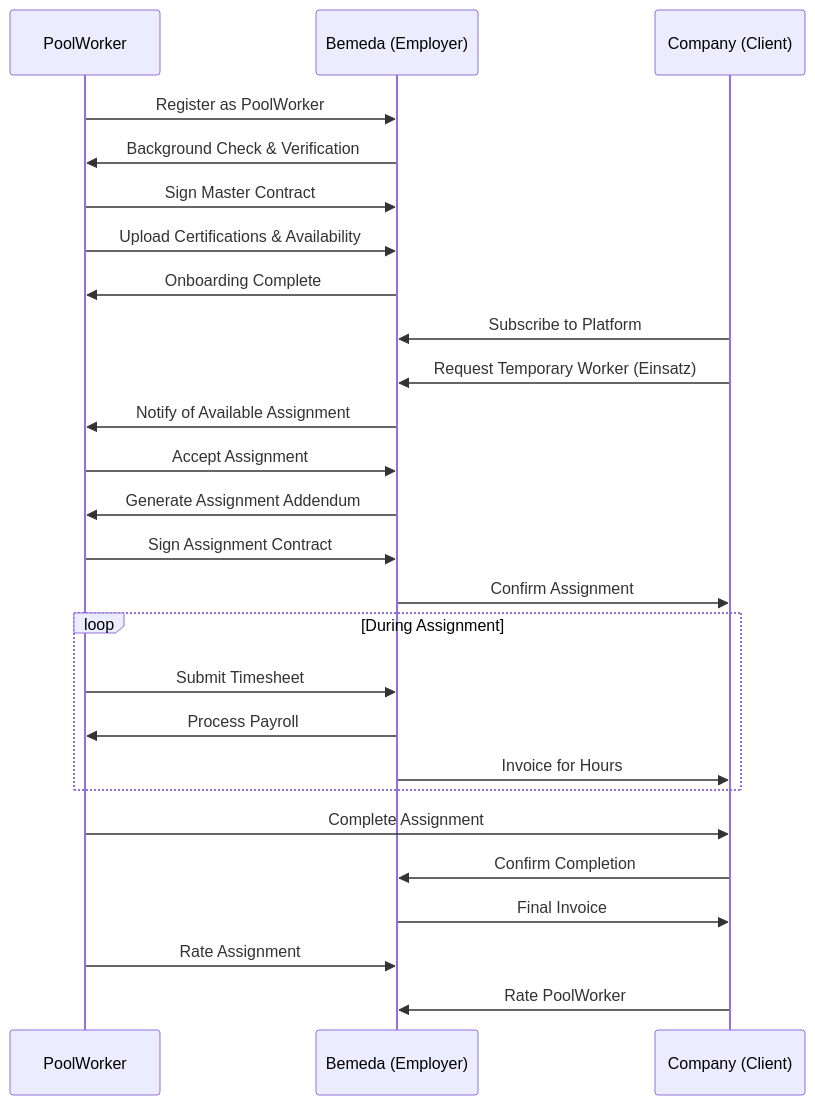
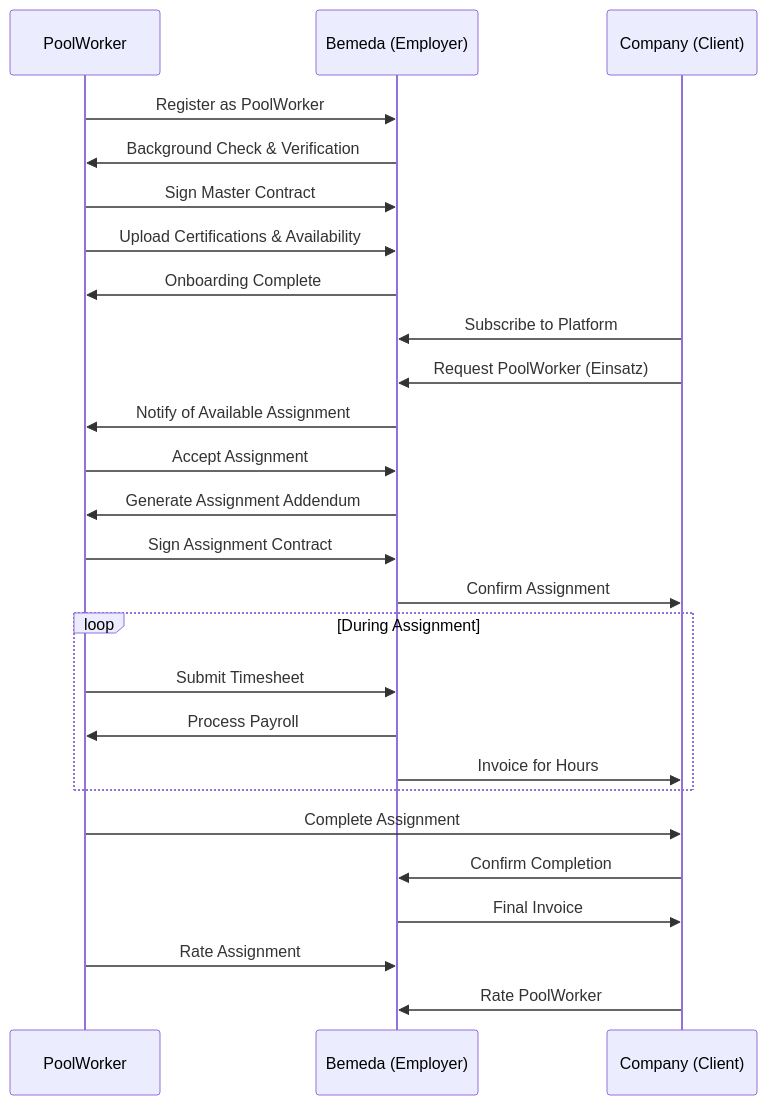
One commit to 3Stones-io/bemeda_personal changed the second of 4 diagrams in docs/requirements-analysis/use-cases.md. Above: the diagram before and after it, drawn with Mermaid. The commit also changed other lines of this file and 3 other files, not shown here.

````diff
--- a/docs/requirements-analysis/use-cases.md
+++ b/docs/requirements-analysis/use-cases.md
@@ -106,32 +106,32 @@
 ```mermaid
 sequenceDiagram
     participant PW as PoolWorker
     participant B as Bemeda (Employer)
     participant C as Company (Client)
     
     PW->>B: Register as PoolWorker
     B->>PW: Background Check & Verification
     PW->>B: Sign Master Contract
     PW->>B: Upload Certifications & Availability
     B->>PW: Onboarding Complete
     
     C->>B: Subscribe to Platform
-    C->>B: Request Temporary Worker (Einsatz)
+    C->>B: Request PoolWorker (Einsatz)
     B->>PW: Notify of Available Assignment
     PW->>B: Accept Assignment
     B->>PW: Generate Assignment Addendum
     PW->>B: Sign Assignment Contract
     B->>C: Confirm Assignment
     
     loop During Assignment
         PW->>B: Submit Timesheet
         B->>PW: Process Payroll
         B->>C: Invoice for Hours
     end
     
     PW->>C: Complete Assignment
     C->>B: Confirm Completion
     B->>C: Final Invoice
     PW->>B: Rate Assignment
     C->>B: Rate PoolWorker
 ```
````
